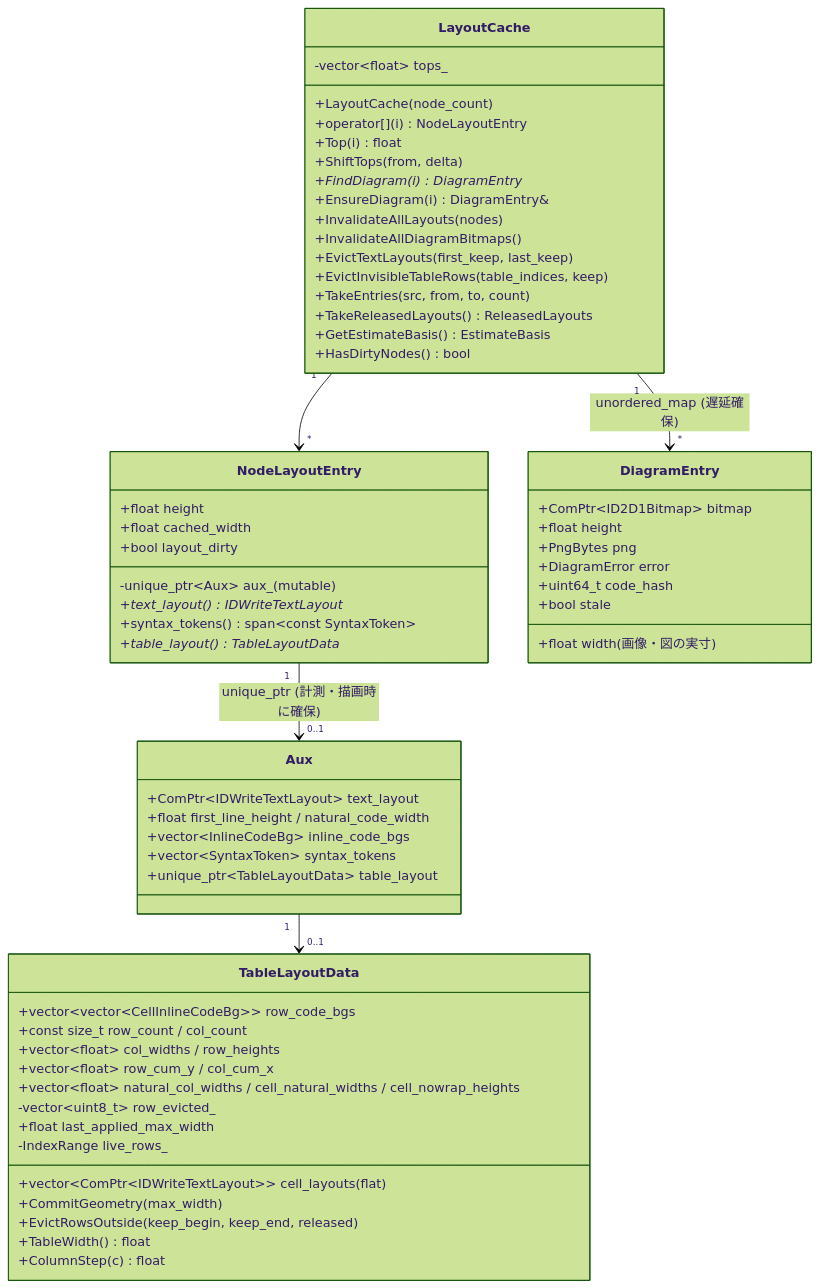
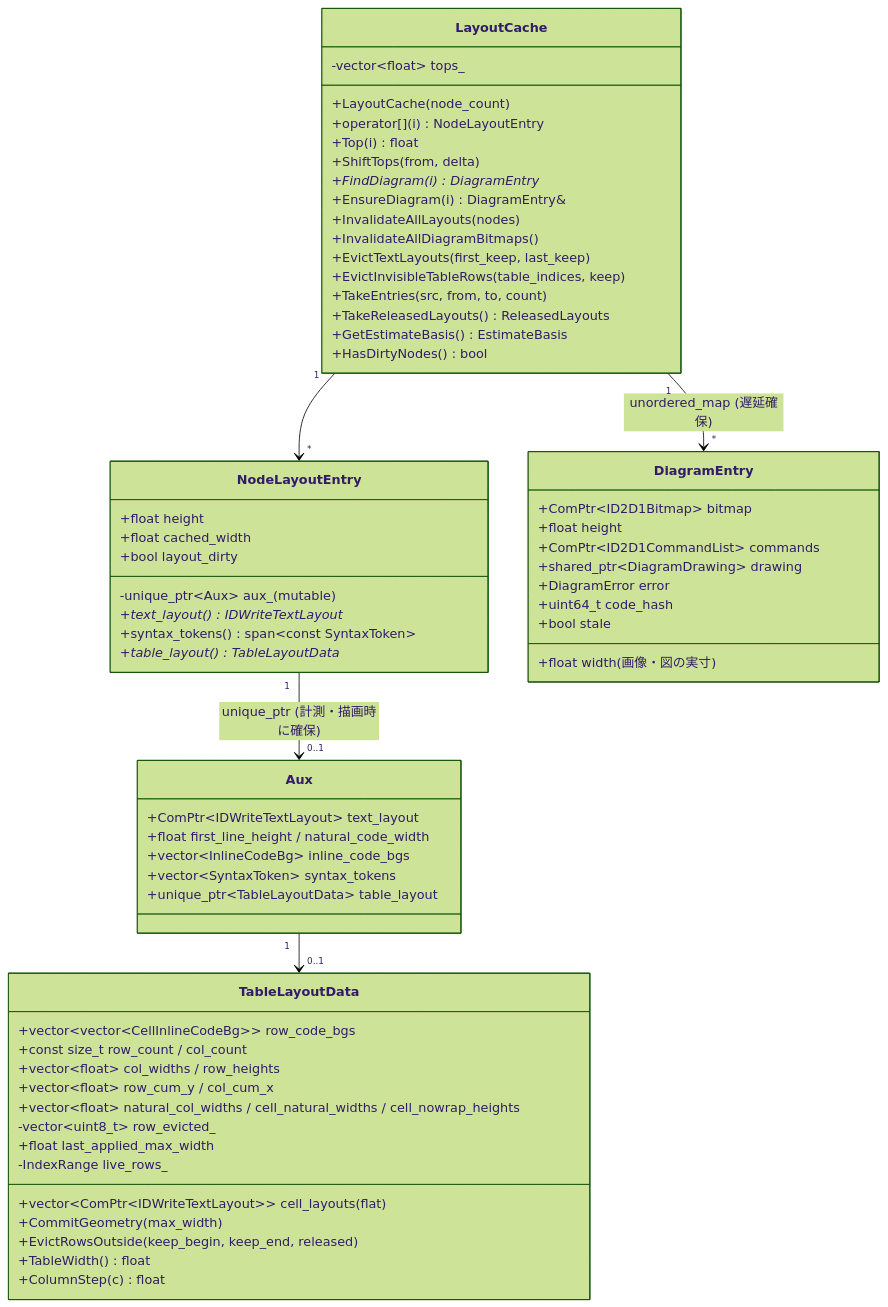
Diagram 16 of 27 in example/test.md (tanaton/mendo), drawn with Mermaid (forest theme) before and after one commit. The commit also changed other lines of this file and 21 other files, not shown here.

First line of the commit message:
図のコピーで PNG を経ず、拡大表示とコピーで本文の描画命令を使い回す

````diff
--- a/example/test.md
+++ b/example/test.md
@@ -2867,69 +2866,70 @@
 ```mermaid
 classDiagram
     class LayoutCache {
         +LayoutCache(node_count)
         +operator[](i) NodeLayoutEntry
         +Top(i) float
         +ShiftTops(from, delta)
         +FindDiagram(i) DiagramEntry*
         +EnsureDiagram(i) DiagramEntry&
         +InvalidateAllLayouts(nodes)
         +InvalidateAllDiagramBitmaps()
         +EvictTextLayouts(first_keep, last_keep)
         +EvictInvisibleTableRows(table_indices, keep)
         +TakeEntries(src, from, to, count)
         +TakeReleasedLayouts() ReleasedLayouts
         +GetEstimateBasis() EstimateBasis
         +HasDirtyNodes() bool
         -vector~float~ tops_
     }
 
     class NodeLayoutEntry {
         +float height
         +float cached_width
         +bool layout_dirty
         -unique_ptr~Aux~ aux_ (mutable)
         +text_layout() IDWriteTextLayout*
         +syntax_tokens() span~const SyntaxToken~
         +table_layout() TableLayoutData*
     }
 
     class Aux {
         +ComPtr~IDWriteTextLayout~ text_layout
         +float first_line_height / natural_code_width
         +vector~InlineCodeBg~ inline_code_bgs
         +vector~SyntaxToken~ syntax_tokens
         +unique_ptr~TableLayoutData~ table_layout
     }
 
     class TableLayoutData {
         +vector~ComPtr~IDWriteTextLayout~~ cell_layouts (flat)
         +vector~vector~CellInlineCodeBg~~ row_code_bgs
         +const size_t row_count / col_count
         +vector~float~ col_widths / row_heights
         +vector~float~ row_cum_y / col_cum_x
         +vector~float~ natural_col_widths / cell_natural_widths / cell_nowrap_heights
         -vector~uint8_t~ row_evicted_
         +float last_applied_max_width
         -IndexRange live_rows_
         +CommitGeometry(max_width)
         +EvictRowsOutside(keep_begin, keep_end, released)
         +TableWidth() float
         +ColumnStep(c) float
     }
 
     class DiagramEntry {
         +ComPtr~ID2D1Bitmap~ bitmap
         +float width (画像・図の実寸)
         +float height
-        +PngBytes png
+        +ComPtr~ID2D1CommandList~ commands
+        +shared_ptr~DiagramDrawing~ drawing
         +DiagramError error
         +uint64_t code_hash
         +bool stale
     }
 
     LayoutCache "1" --> "*" NodeLayoutEntry
     LayoutCache "1" --> "*" DiagramEntry : unordered_map (遅延確保)
     NodeLayoutEntry "1" --> "0..1" Aux : unique_ptr (計測・描画時に確保)
     Aux "1" --> "0..1" TableLayoutData
 ```
````
